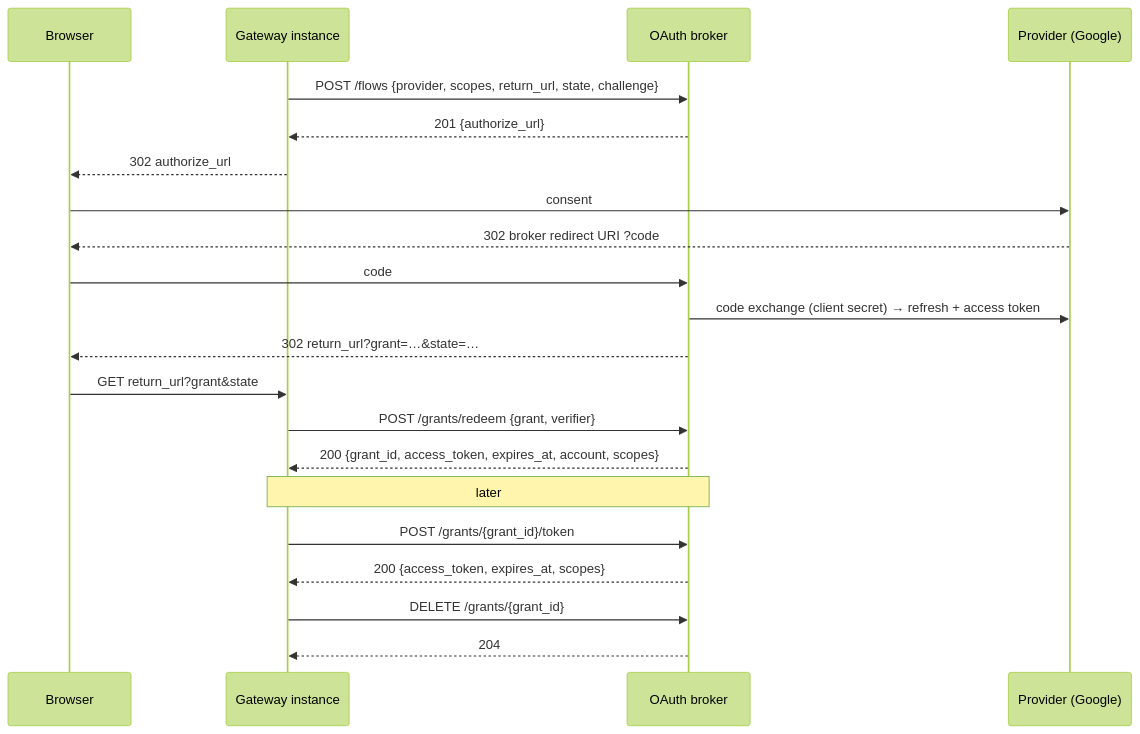
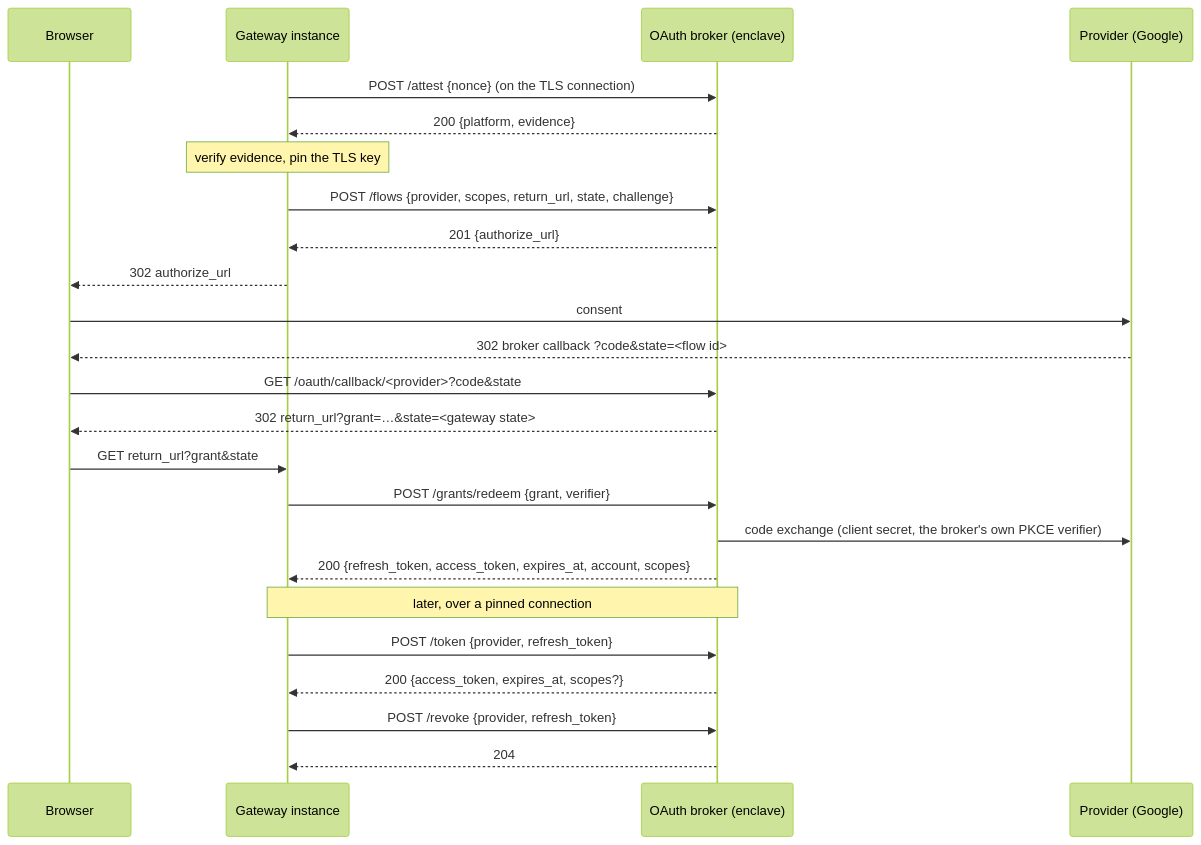
Before and after one commit to vaubaan/gateway: the diagram in docs/handbook/oauth-broker-contract.md, drawn with Mermaid (forest theme). The commit also changed other lines of this file and 36 other files, not shown here.

First line of the commit message:
feat(oauth-broker): stateless broker contract and attested broker client

````diff
--- a/docs/handbook/oauth-broker-contract.md
+++ b/docs/handbook/oauth-broker-contract.md
@@ -43,23 +58,26 @@
 ```mermaid
 sequenceDiagram
   participant B as Browser
   participant G as Gateway instance
-  participant K as OAuth broker
+  participant K as OAuth broker (enclave)
   participant P as Provider (Google)
+  G->>K: POST /attest {nonce} (on the TLS connection)
+  K-->>G: 200 {platform, evidence}
+  Note over G: verify evidence, pin the TLS key
   G->>K: POST /flows {provider, scopes, return_url, state, challenge}
   K-->>G: 201 {authorize_url}
   G-->>B: 302 authorize_url
   B->>P: consent
-  P-->>B: 302 broker redirect URI ?code
-  B->>K: code
-  K->>P: code exchange (client secret) → refresh + access token
-  K-->>B: 302 return_url?grant=…&state=…
+  P-->>B: 302 broker callback ?code&state=<flow id>
+  B->>K: GET /oauth/callback/<provider>?code&state
+  K-->>B: 302 return_url?grant=…&state=<gateway state>
   B->>G: GET return_url?grant&state
   G->>K: POST /grants/redeem {grant, verifier}
-  K-->>G: 200 {grant_id, access_token, expires_at, account, scopes}
-  Note over G,K: later
-  G->>K: POST /grants/{grant_id}/token
-  K-->>G: 200 {access_token, expires_at, scopes}
-  G->>K: DELETE /grants/{grant_id}
+  K->>P: code exchange (client secret, the broker's own PKCE verifier)
+  K-->>G: 200 {refresh_token, access_token, expires_at, account, scopes}
+  Note over G,K: later, over a pinned connection
+  G->>K: POST /token {provider, refresh_token}
+  K-->>G: 200 {access_token, expires_at, scopes?}
+  G->>K: POST /revoke {provider, refresh_token}
   K-->>G: 204
 ```
````
